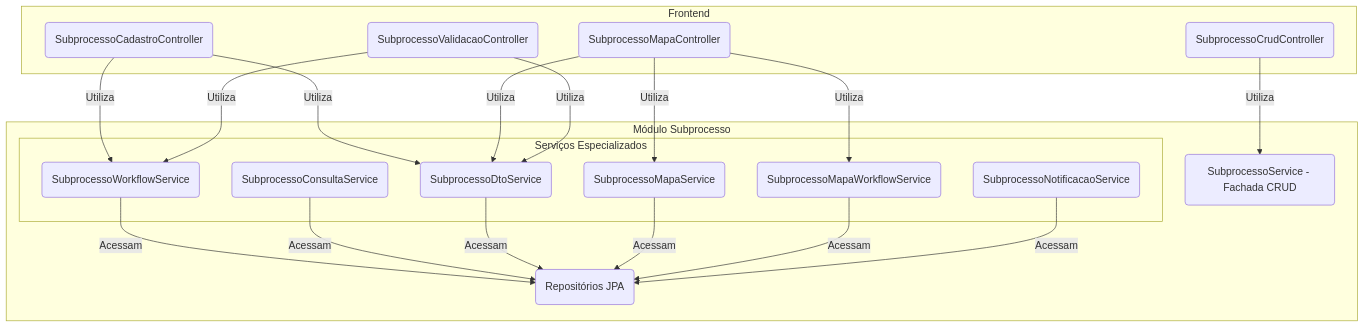
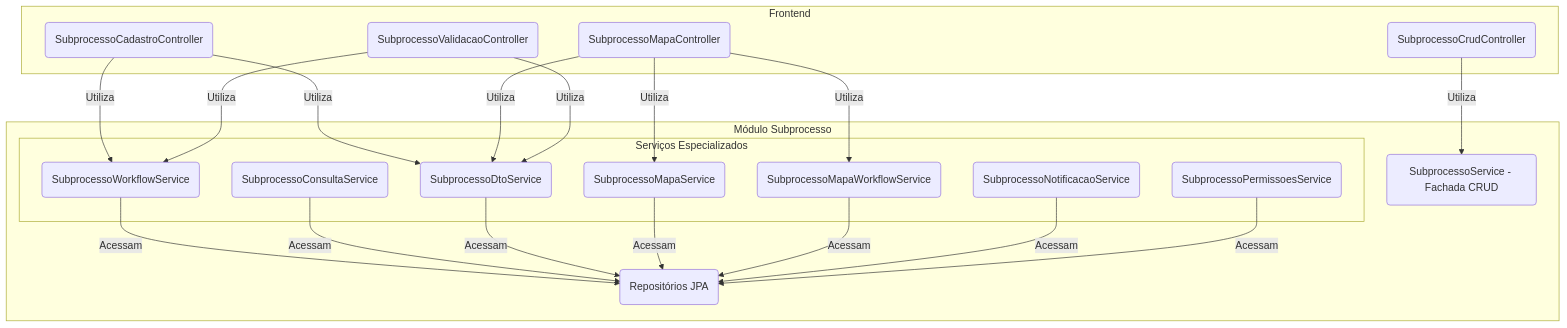
One commit to lgalvao/sgc changed the first of 2 diagrams in backend/src/main/java/sgc/subprocesso/README.md. Above: the diagram before and after it, drawn with Mermaid. The commit also changed other lines of this file and 15 other files, not shown here.

````diff
--- a/backend/src/main/java/sgc/subprocesso/README.md
+++ b/backend/src/main/java/sgc/subprocesso/README.md
@@ -13,31 +13,32 @@
 ```mermaid
 graph TD
     subgraph "Frontend"
         ControleCrud(SubprocessoCrudController)
         ControleCadastro(SubprocessoCadastroController)
         ControleMapa(SubprocessoMapaController)
         ControleValidacao(SubprocessoValidacaoController)
     end
 
     subgraph "Módulo Subprocesso"
         Facade(SubprocessoService - Fachada CRUD)
 
         subgraph "Serviços Especializados"
             Workflow(SubprocessoWorkflowService)
             Consulta(SubprocessoConsultaService)
             DtoBuilder(SubprocessoDtoService)
             Mapa(SubprocessoMapaService)
             MapaWorkflow(SubprocessoMapaWorkflowService)
             Notificacao(SubprocessoNotificacaoService)
+            Permissoes(SubprocessoPermissoesService)
         end
 
         Repos(Repositórios JPA)
     end
 
     ControleCrud -- Utiliza --> Facade
     ControleCadastro -- Utiliza --> Workflow & DtoBuilder
     ControleMapa -- Utiliza --> MapaWorkflow & Mapa & DtoBuilder
     ControleValidacao -- Utiliza --> Workflow & DtoBuilder
 
-    Workflow & Consulta & DtoBuilder & Mapa & MapaWorkflow & Notificacao -- Acessam --> Repos
+    Workflow & Consulta & DtoBuilder & Mapa & MapaWorkflow & Notificacao & Permissoes -- Acessam --> Repos
 ```
````
